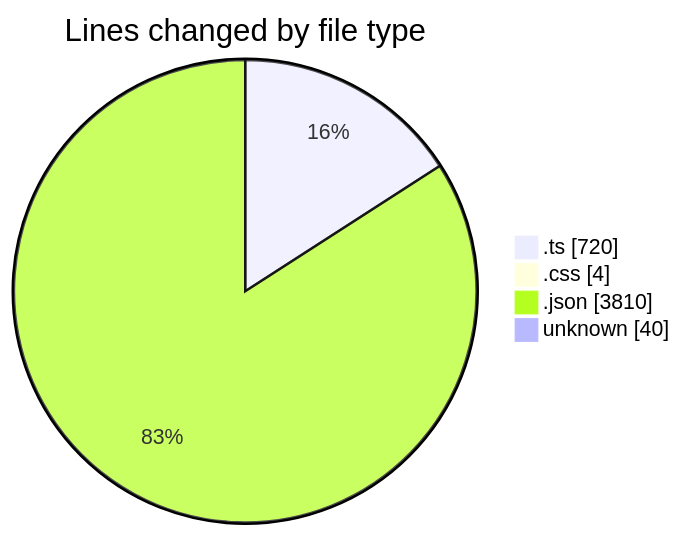
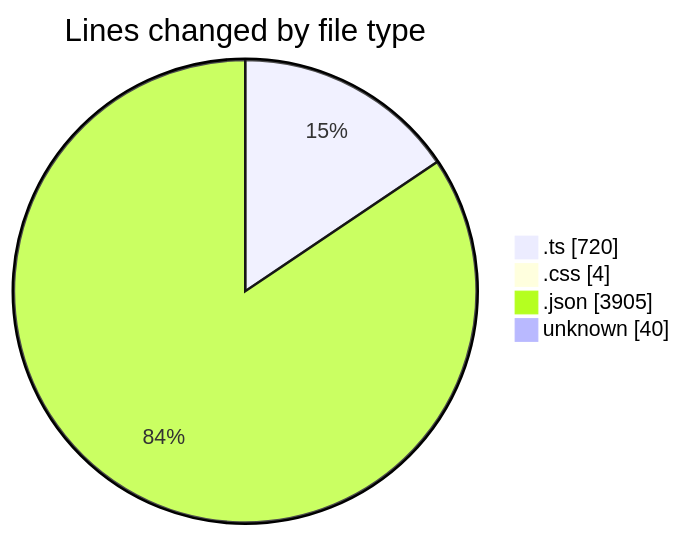
One commit to EIIisD/code-tracking changed the first of 2 diagrams in 2025-07-13/tampermonkey/README.md. Above: the diagram before and after it, drawn with Mermaid. The commit also changed other lines of this file and 1 other file, not shown here.

````diff
--- a/2025-07-13/tampermonkey/README.md
+++ b/2025-07-13/tampermonkey/README.md
@@ -33,8 +33,8 @@
 ```mermaid
 pie showData
 title Lines changed by file type
 ".ts" : 720
 ".css" : 4
-".json" : 3810
+".json" : 3905
 "unknown" : 40
 ```
````
